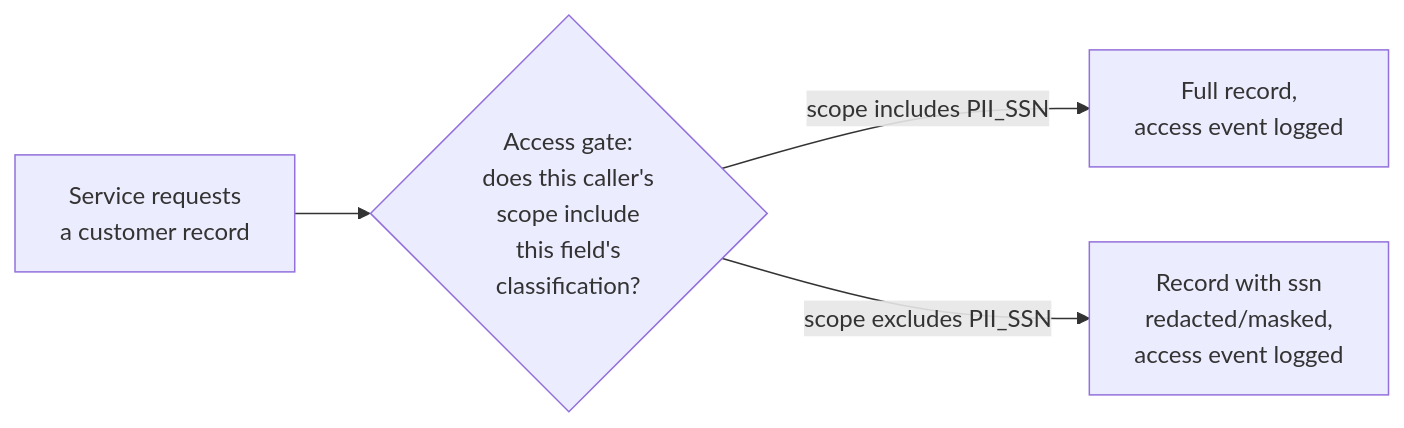
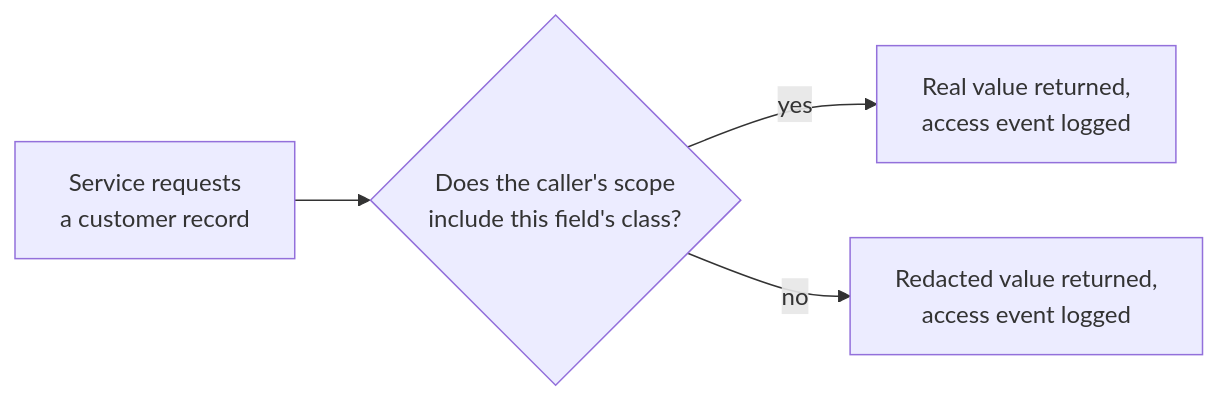
The second of 3 diagrams in src/content/architecture/architecture-for-compliance/L2-concept.mdx (francoandreDev/knowledge), drawn with Mermaid before and after one commit. The commit also changed other lines of this file and 18 other files, not shown here.

Commit message:
Migrate architecture batch 4 (architecture-for-compliance, cost-aware-architecture, architecture-review, technical-strategy-roadmapping) to the three-tier exercise model

````diff
--- a/src/content/architecture/architecture-for-compliance/L2-concept.mdx
+++ b/src/content/architecture/architecture-for-compliance/L2-concept.mdx
@@ -96,6 +94,6 @@
 ```mermaid
 flowchart LR
-    Req["Service requests<br/>a customer record"] --> Gate{"Access gate:<br/>does this caller's<br/>scope include<br/>this field's<br/>classification?"}
-    Gate -->|"scope includes PII_SSN"| Full["Full record,<br/>access event logged"]
-    Gate -->|"scope excludes PII_SSN"| Redacted["Record with ssn<br/>redacted/masked,<br/>access event logged"]
+    Req["Service requests<br/>a customer record"] --> Gate{"Does the caller's scope<br/>include this field's class?"}
+    Gate -->|"yes"| Full["Real value returned,<br/>access event logged"]
+    Gate -->|"no"| Redacted["Redacted value returned,<br/>access event logged"]
 ```
````
